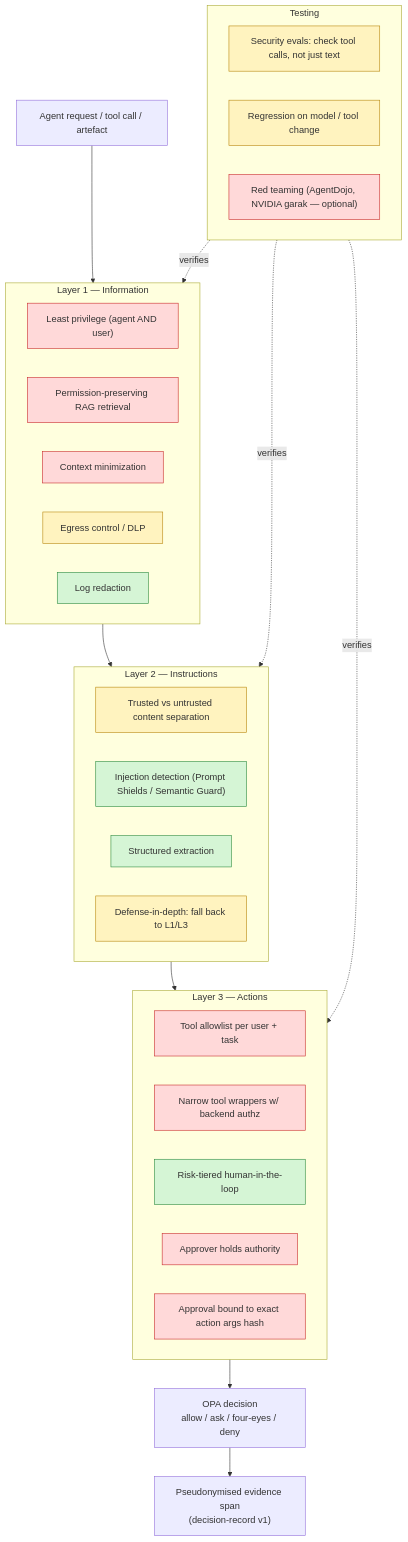
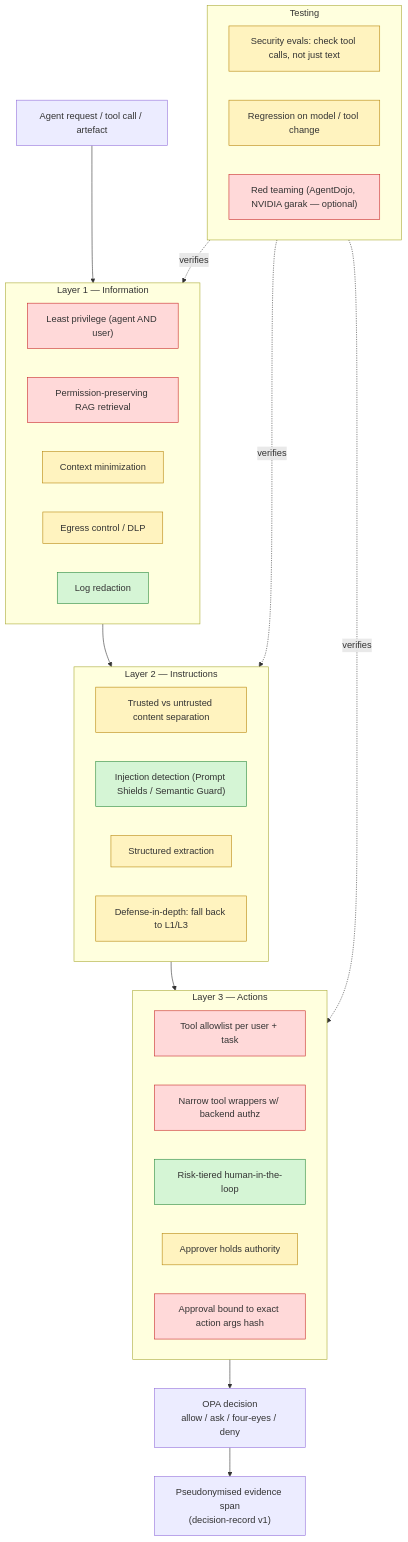
The diagram in docs/AGENT-SECURITY-FRAMEWORK.md (Mirmansoorahmed/ai-compliance-automation), drawn with Mermaid before and after one commit. The commit also changed other lines of this file, not shown here.

````diff
--- a/docs/AGENT-SECURITY-FRAMEWORK.md
+++ b/docs/AGENT-SECURITY-FRAMEWORK.md
@@ -33,39 +33,39 @@
 ```mermaid
 flowchart TB
     subgraph L1["Layer 1 — Information"]
         I1["Least privilege (agent AND user)"]
         I2["Permission-preserving RAG retrieval"]
         I3["Context minimization"]
         I4["Egress control / DLP"]
         I5["Log redaction"]
     end
     subgraph L2["Layer 2 — Instructions"]
         N1["Trusted vs untrusted content separation"]
         N2["Injection detection (Prompt Shields / Semantic Guard)"]
         N3["Structured extraction"]
         N4["Defense-in-depth: fall back to L1/L3"]
     end
     subgraph L3["Layer 3 — Actions"]
         A1["Tool allowlist per user + task"]
         A2["Narrow tool wrappers w/ backend authz"]
         A3["Risk-tiered human-in-the-loop"]
         A4["Approver holds authority"]
         A5["Approval bound to exact action args hash"]
     end
     subgraph T["Testing"]
         E1["Security evals: check tool calls, not just text"]
         E2["Regression on model / tool change"]
         E3["Red teaming (AgentDojo, NVIDIA garak — optional)"]
     end
 
     req["Agent request / tool call / artefact"] --> L1 --> L2 --> L3 --> dec["OPA decision\nallow / ask / four-eyes / deny"]
     dec --> span["Pseudonymised evidence span\n(decision-record v1)"]
     T -.verifies.-> L1 & L2 & L3
 
     classDef impl fill:#d5f5d5,stroke:#2b8a3e;
     classDef part fill:#fff3bf,stroke:#b8860b;
     classDef gap fill:#ffd9d9,stroke:#c92a2a;
-    class I5,N2,N3,A3 impl;
-    class I4,N1,N4,E1,E2 part;
-    class I1,I2,I3,A1,A2,A4,A5,E3 gap;
+    class I5,N2,A3 impl;
+    class I3,I4,N1,N3,N4,A4,E1,E2 part;
+    class I1,I2,A1,A2,A5,E3 gap;
 ```
````
